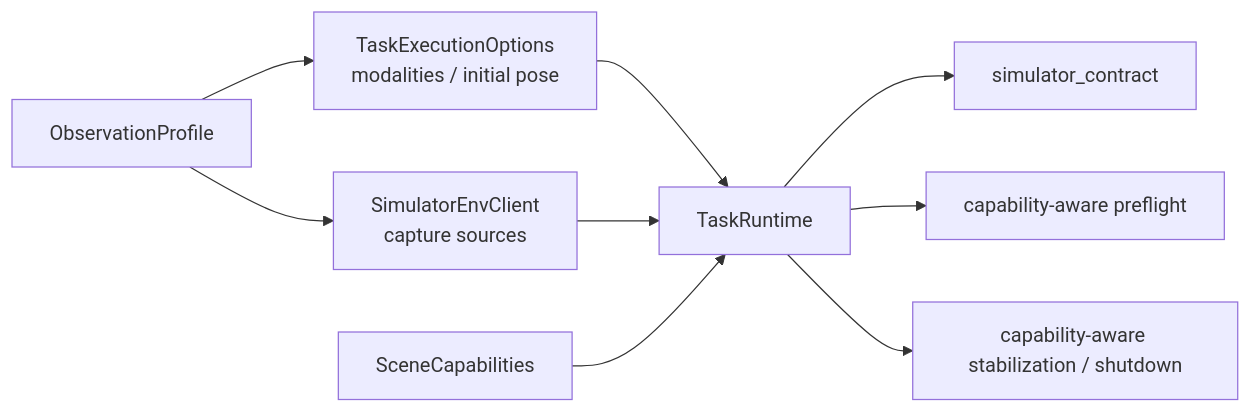
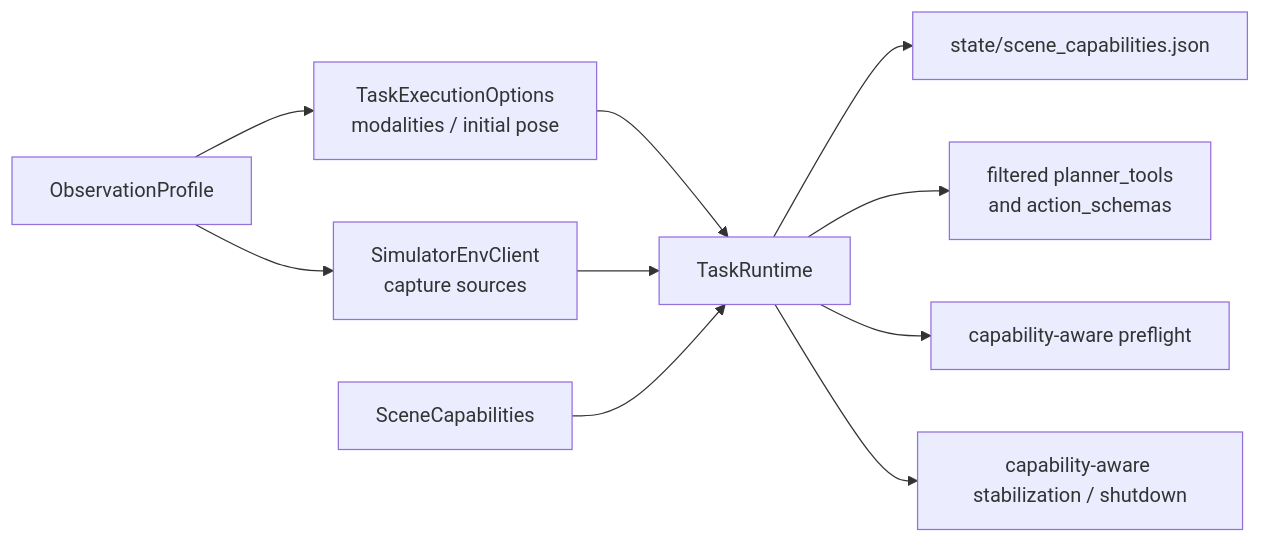
The second of 4 diagrams in docs/architecture.md (LZ6years/AeroPilot), drawn with Mermaid before and after one commit. The commit also changed other lines of this file and 27 other files, not shown here.

````diff
--- a/docs/architecture.md
+++ b/docs/architecture.md
@@ -80,11 +80,12 @@
 ```mermaid
 flowchart LR
     OP["ObservationProfile"] --> EC["SimulatorEnvClient<br/>capture sources"]
     OP --> EO["TaskExecutionOptions<br/>modalities / initial pose"]
     EO --> RT["TaskRuntime"]
     EC --> RT
     SC["SceneCapabilities"] --> RT
-    RT --> CTX["simulator_contract"]
+    RT --> STATE["state/scene_capabilities.json"]
+    RT --> ACT["filtered planner_tools<br/>and action_schemas"]
     RT --> PF["capability-aware preflight"]
     RT --> ST["capability-aware stabilization / shutdown"]
 ```
````
